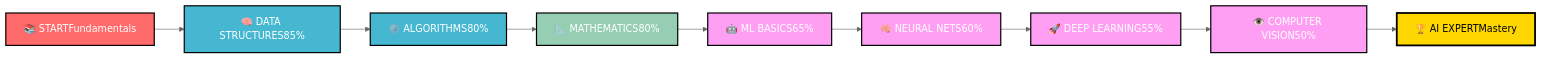
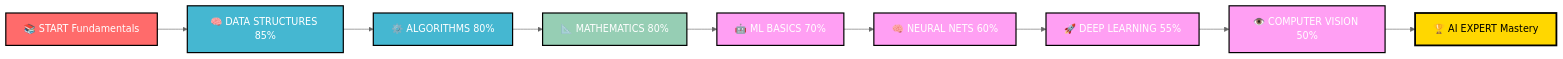
Before and after one commit to MuhammadZafran33/MuhammadZafran33: the eighth of 11 diagrams in README.md, drawn with Mermaid (neutral theme).

````diff
--- a/README.md
+++ b/README.md
@@ -226,21 +226,21 @@
 ```mermaid
 graph LR
-    A["📚 STARTFundamentals"] --> B["🧠 DATA STRUCTURES85%"]
-    B --> C["⚙️ ALGORITHMS80%"]
-    C --> D["📐 MATHEMATICS80%"]
-    D --> E["🤖 ML BASICS65%"]
-    E --> F["🧠 NEURAL NETS60%"]
-    F --> G["🚀 DEEP LEARNING55%"]
-    G --> H["👁️ COMPUTER VISION50%"]
-    H --> I["🏆 AI EXPERTMastery"]
+    A["📚 START Fundamentals"] --> B["🧠 DATA STRUCTURES 85%"]
+    B --> C["⚙️ ALGORITHMS 80%"]
+    C --> D["📐 MATHEMATICS 80%"]
+    D --> E["🤖 ML BASICS 70%"]
+    E --> F["🧠 NEURAL NETS 60%"]
+    F --> G["🚀 DEEP LEARNING 55%"]
+    G --> H["👁️ COMPUTER VISION 50%"]
+    H --> I["🏆 AI EXPERT Mastery"]
     
     style A fill:#ff6b6b,color:#fff,stroke:#000,stroke-width:2px
     style B fill:#45b7d1,color:#fff,stroke:#000,stroke-width:2px
     style C fill:#45b7d1,color:#fff,stroke:#000,stroke-width:2px
     style D fill:#96ceb4,color:#fff,stroke:#000,stroke-width:2px
     style E fill:#ff9ff3,color:#fff,stroke:#000,stroke-width:2px
     style F fill:#ff9ff3,color:#fff,stroke:#000,stroke-width:2px
     style G fill:#ff9ff3,color:#fff,stroke:#000,stroke-width:2px
     style H fill:#ff9ff3,color:#fff,stroke:#000,stroke-width:2px
     style I fill:#ffd700,color:#000,stroke:#000,stroke-width:3px
 ```
````
